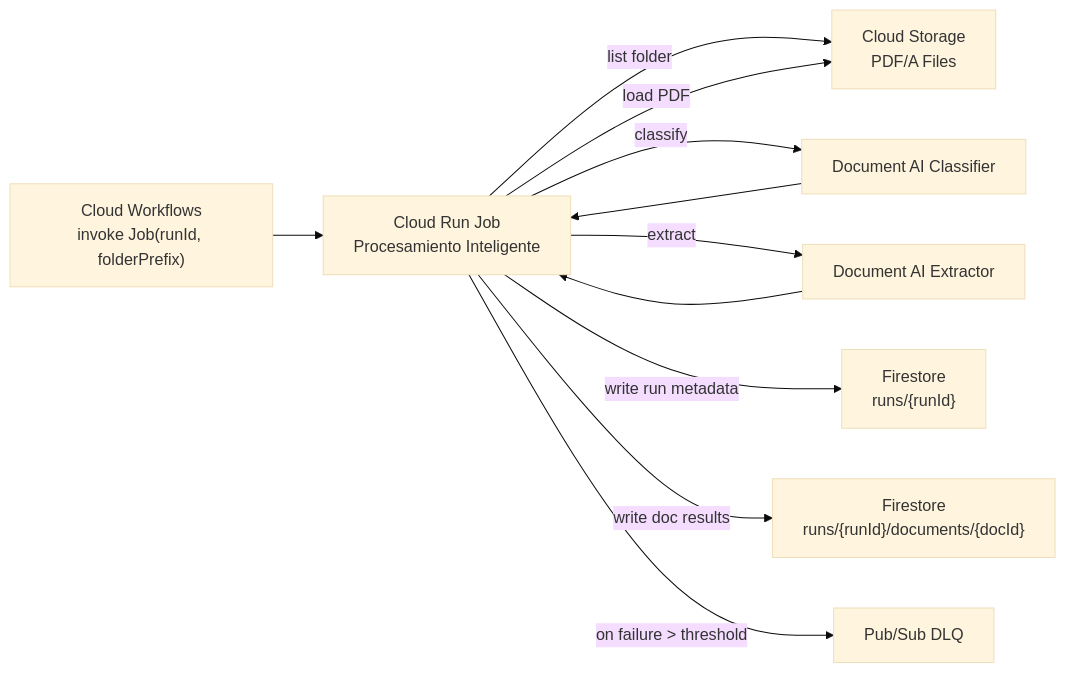
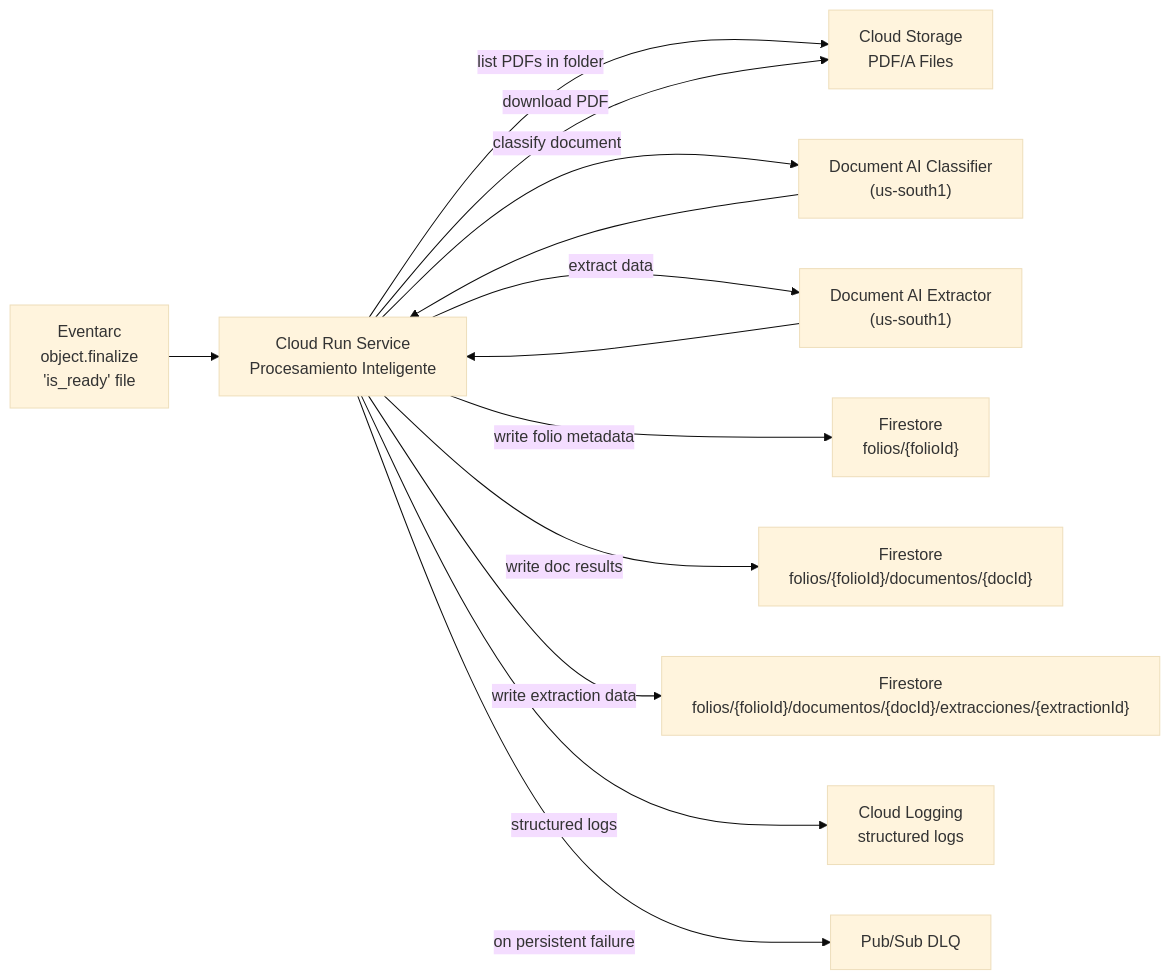
Before and after one commit to Apolo-Solutions-s2/apolo_procesamiento_inteligente_preavaluo: the diagram in diagrams/architecture-dataflow.mmd, drawn with Mermaid (base theme). The commit also changed 23 other files, not shown here.

First line of the commit message:
Update project alignment with microservice specifications: code, docs, diagrams, and infrastructure

```diff
--- a/diagrams/architecture-dataflow.mmd
+++ b/diagrams/architecture-dataflow.mmd
@@ -1,32 +1,38 @@
 flowchart LR
 
-    WF["Cloud Workflows<br/>invoke Job(runId, folderPrefix)"]
+    EVENT["Eventarc<br/>object.finalize<br/>'is_ready' file"]
 
-    CR["Cloud Run Job<br/>Procesamiento Inteligente"]
+    CR["Cloud Run Service<br/>Procesamiento Inteligente"]
 
     GCS["Cloud Storage<br/>PDF/A Files"]
 
-    CLASS["Document AI Classifier"]
-    EXTR["Document AI Extractor"]
+    CLASS["Document AI Classifier<br/>(us-south1)"]
+    EXTR["Document AI Extractor<br/>(us-south1)"]
 
-    FS_runs["Firestore<br/>runs/{runId}"]
-    FS_docs["Firestore<br/>runs/{runId}/documents/{docId}"]
+    FS_folios["Firestore<br/>folios/{folioId}"]
+    FS_docs["Firestore<br/>folios/{folioId}/documentos/{docId}"]
+    FS_extr["Firestore<br/>folios/{folioId}/documentos/{docId}/extracciones/{extractionId}"]
 
     DLQ["Pub/Sub DLQ"]
 
+    LOGS["Cloud Logging<br/>structured logs"]
+
     %% Flow
-    WF --> CR
+    EVENT --> CR
 
-    CR -->|list folder| GCS
-    CR -->|load PDF| GCS
+    CR -->|list PDFs in folder| GCS
+    CR -->|download PDF| GCS
 
-    CR -->|classify| CLASS
-    CR -->|extract| EXTR
+    CR -->|classify document| CLASS
+    CR -->|extract data| EXTR
 
-    CR -->|write run metadata| FS_runs
+    CR -->|write folio metadata| FS_folios
     CR -->|write doc results| FS_docs
+    CR -->|write extraction data| FS_extr
 
-    CR -->|on failure > threshold| DLQ
+    CR -->|structured logs| LOGS
+
+    CR -->|on persistent failure| DLQ
 
     CLASS --> CR
     EXTR --> CR
```
